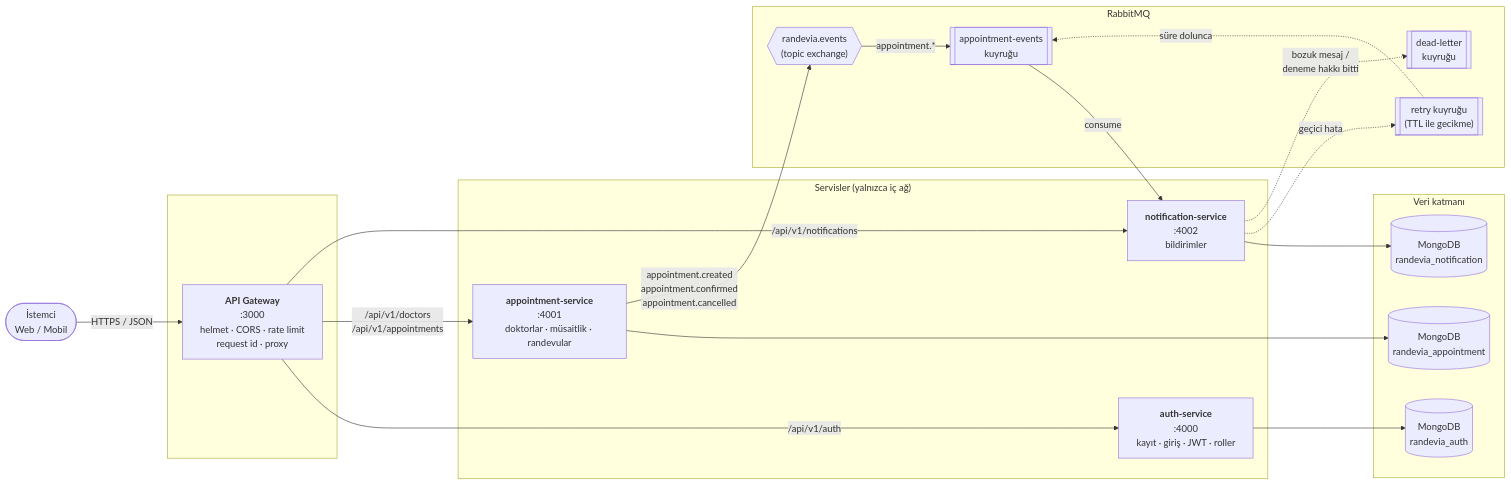
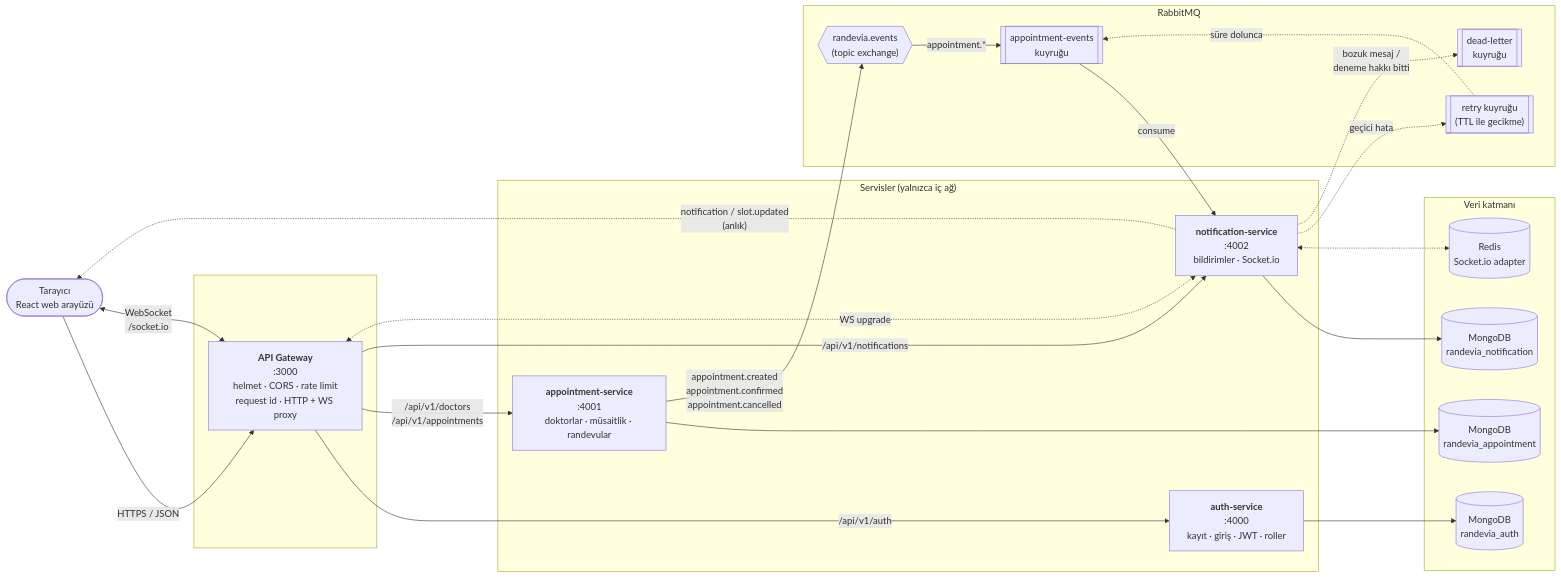
The first of 2 diagrams in README.md (musstafaaulu/randevia), drawn with Mermaid before and after one commit. The commit also changed other lines of this file, not shown here.

First line of the commit message:
docs: document the real-time layer and web UI in README

````diff
--- a/README.md
+++ b/README.md
@@ -43,43 +48,48 @@
 ```mermaid
 flowchart LR
-    client([İstemci<br/>Web / Mobil])
+    browser([Tarayıcı<br/>React web arayüzü])
 
     subgraph edge[" "]
-        gateway["<b>API Gateway</b><br/>:3000<br/>helmet · CORS · rate limit<br/>request id · proxy"]
+        gateway["<b>API Gateway</b><br/>:3000<br/>helmet · CORS · rate limit<br/>request id · HTTP + WS proxy"]
     end
 
     subgraph services["Servisler (yalnızca iç ağ)"]
         auth["<b>auth-service</b><br/>:4000<br/>kayıt · giriş · JWT · roller"]
         appt["<b>appointment-service</b><br/>:4001<br/>doktorlar · müsaitlik · randevular"]
-        notif["<b>notification-service</b><br/>:4002<br/>bildirimler"]
+        notif["<b>notification-service</b><br/>:4002<br/>bildirimler · Socket.io"]
     end
 
     subgraph data["Veri katmanı"]
         mauth[(MongoDB<br/>randevia_auth)]
         mappt[(MongoDB<br/>randevia_appointment)]
         mnotif[(MongoDB<br/>randevia_notification)]
+        redis[(Redis<br/>Socket.io adapter)]
     end
 
     subgraph broker["RabbitMQ"]
         exchange{{"randevia.events<br/>(topic exchange)"}}
         queue[["appointment-events<br/>kuyruğu"]]
         retry[["retry kuyruğu<br/>(TTL ile gecikme)"]]
         dlq[["dead-letter<br/>kuyruğu"]]
     end
 
-    client -->|HTTPS / JSON| gateway
+    browser -->|HTTPS / JSON| gateway
+    browser <-->|"WebSocket<br/>/socket.io"| gateway
     gateway -->|/api/v1/auth| auth
     gateway -->|/api/v1/doctors<br/>/api/v1/appointments| appt
     gateway -->|/api/v1/notifications| notif
+    gateway <-.->|"WS upgrade"| notif
 
     auth --> mauth
     appt --> mappt
     notif --> mnotif
+    notif <-.-> redis
 
     appt -- "appointment.created<br/>appointment.confirmed<br/>appointment.cancelled" --> exchange
     exchange -->|appointment.*| queue
     queue -->|consume| notif
     notif -. "geçici hata" .-> retry
     retry -. "süre dolunca" .-> queue
     notif -. "bozuk mesaj /<br/>deneme hakkı bitti" .-> dlq
+    notif -. "notification / slot.updated<br/>(anlık)" .-> browser
 ```
````
